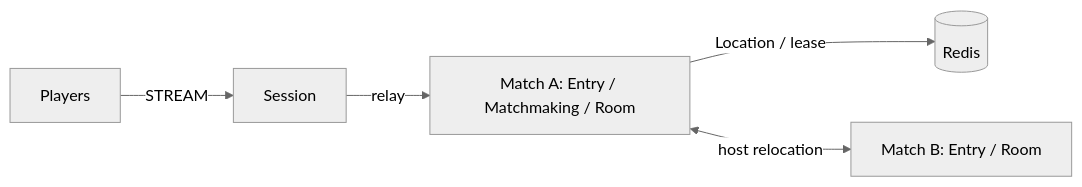
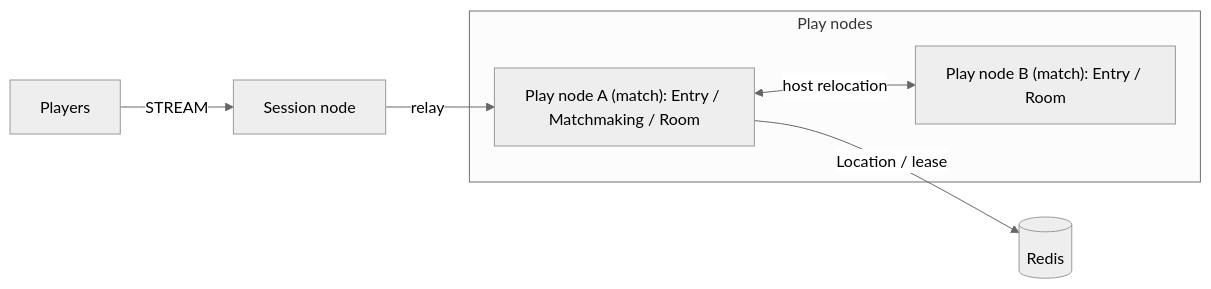
One commit to zlink-systems/zlink changed the diagram in framework/languages/java/templates/kotlin/match-entry-lobby/my-game/README.md. Above: the diagram before and after it, drawn with Mermaid (neutral theme). The commit also changed other lines of this file and 223 other files, not shown here.

First line of the commit message:
docs(templates): 모든 템플릿의 노드 이름을 Session node · Play node · API node로 (#5350)

````diff
--- a/framework/languages/java/templates/kotlin/match-entry-lobby/my-game/README.md
+++ b/framework/languages/java/templates/kotlin/match-entry-lobby/my-game/README.md
@@ -5,7 +5,11 @@
 ```mermaid
 flowchart LR
-  players[Players] -->|STREAM| session[Session]
-  session -->|relay| matchA[Match A: Entry / Matchmaking / Room]
+  subgraph playNodes["Play nodes"]
+    matchA["Play node A (match): Entry / Matchmaking / Room"]
+    matchB["Play node B (match): Entry / Room"]
+  end
+  players[Players] -->|STREAM| session["Session node"]
+  session -->|relay| matchA
   matchA -->|Location / lease| location[(Redis)]
-  matchA <-->|host relocation| matchB[Match B: Entry / Room]
+  matchA <-->|host relocation| matchB
 ```
````
